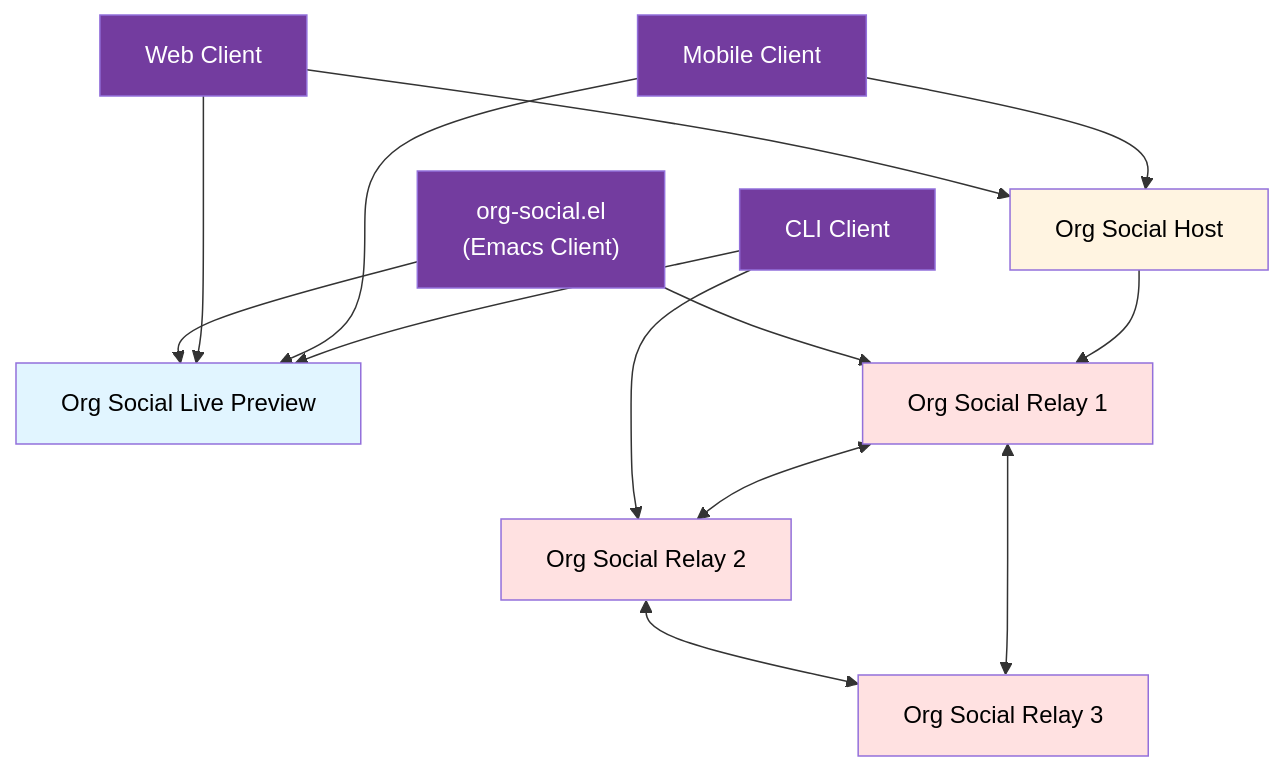
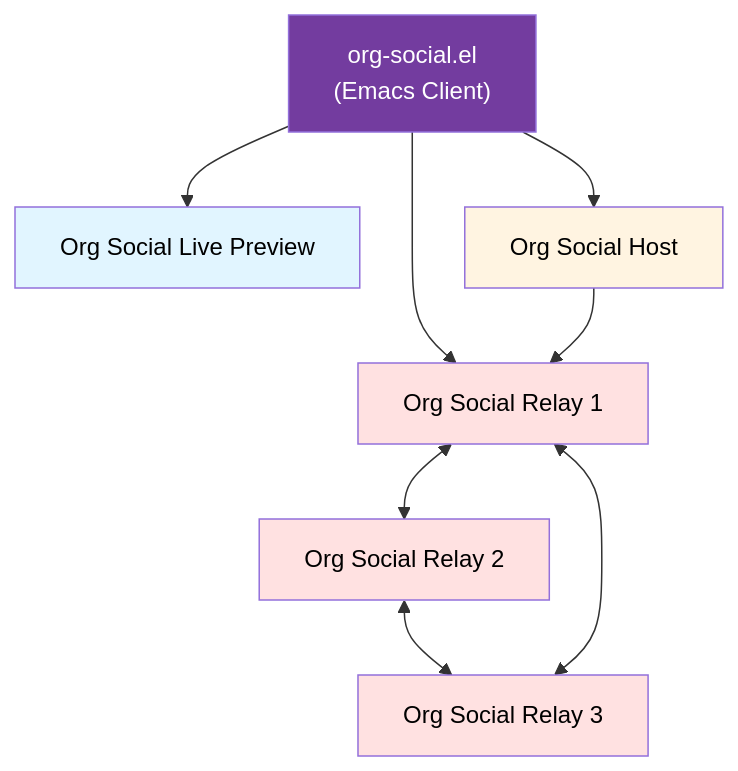
The fifth of 5 diagrams in README.md (tanrax/org-social), drawn with Mermaid before and after one commit.

````diff
--- a/README.md
+++ b/README.md
@@ -902,28 +902,19 @@
 ```mermaid
 flowchart TB
-    Client1["org-social.el<br/>(Emacs Client)"] --> Preview["Org Social Live Preview"]
-    Client2["Web Client"] --> Preview
-    Client3["Mobile Client"] --> Preview
-    Client4["CLI Client"] --> Preview
-
-    Client1 --> Relay1["Org Social Relay 1"]
-    Client2 --> Host["Org Social Host"]
-    Client3 --> Host
-    Client4 --> Relay2["Org Social Relay 2"]
+    Client["org-social.el<br/>(Emacs Client)"] --> Preview["Org Social Live Preview"]
+    Client --> Relay1["Org Social Relay 1"]
+    Client --> Host["Org Social Host"]
 
     Host --> Relay1
 
-    Relay1 <--> Relay2
+    Relay1 <--> Relay2["Org Social Relay 2"]
     Relay2 <--> Relay3["Org Social Relay 3"]
     Relay3 <--> Relay1
 
-    style Client1 fill:#733c9f,color:white
-    style Client2 fill:#733c9f,color:white
-    style Client3 fill:#733c9f,color:white
-    style Client4 fill:#733c9f,color:white
+    style Client fill:#733c9f,color:white
     style Preview fill:#e1f5ff,color:black
     style Relay1 fill:#ffe1e1,color:black
     style Relay2 fill:#ffe1e1,color:black
     style Relay3 fill:#ffe1e1,color:black
     style Host fill:#fff4e1,color:black
 ```
````
